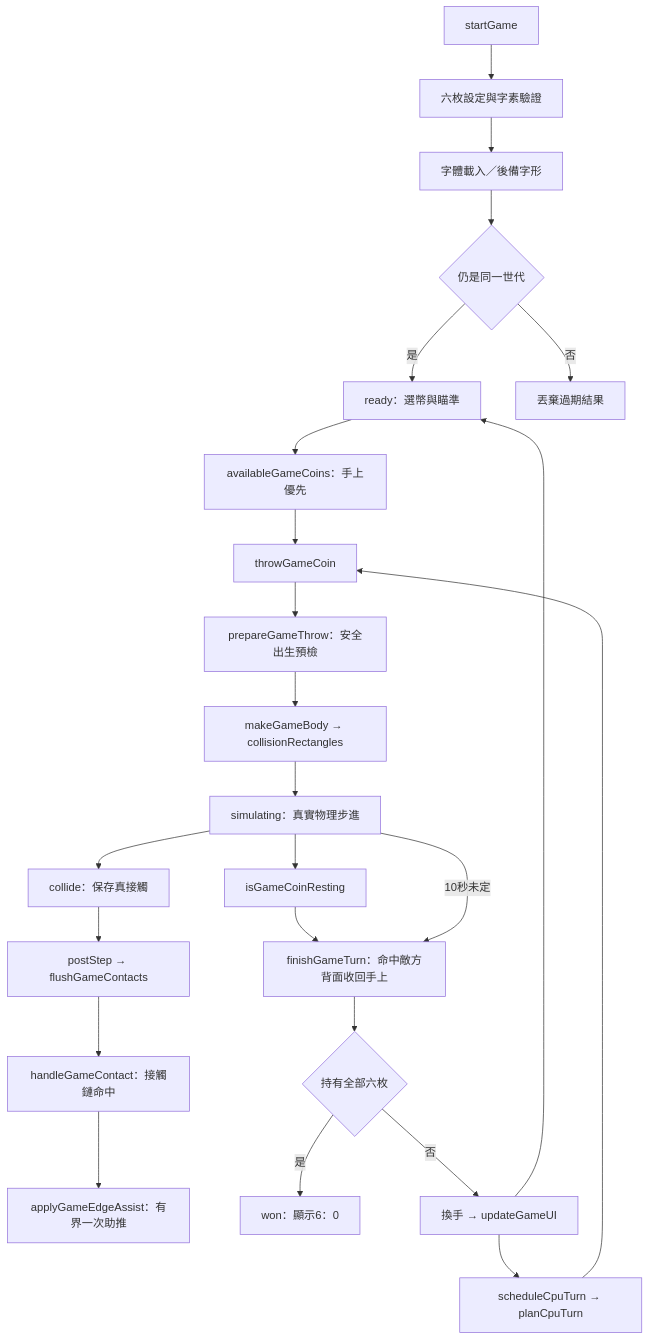
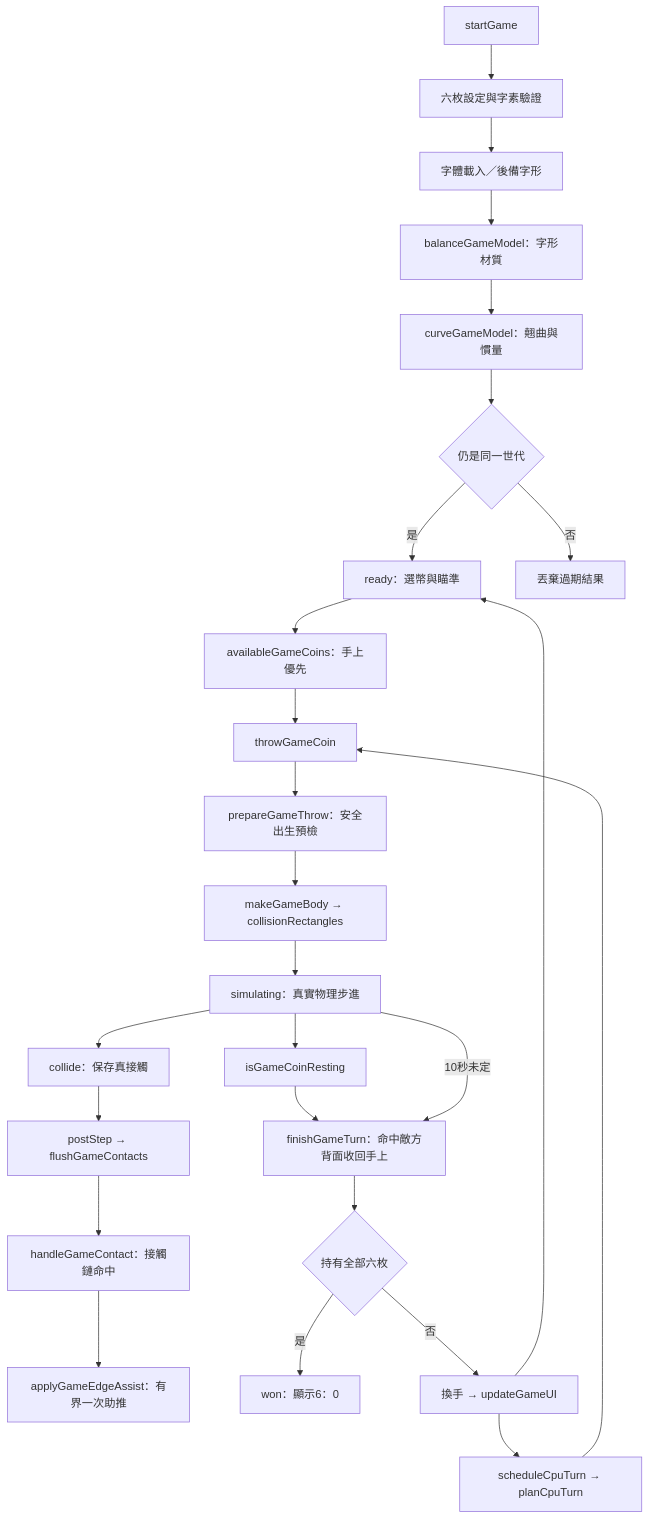
Before and after one commit to MiuDog/ong-a-piau: the fourth of 4 diagrams in architecture.md, drawn with Mermaid. The commit also changed other lines of this file and 6 other files, not shown here.

````diff
--- a/architecture.md
+++ b/architecture.md
@@ -88,26 +88,28 @@
 ```mermaid
 flowchart TD
 	Setup[startGame] --> Validate[六枚設定與字素驗證]
 	Validate --> Font[字體載入／後備字形]
-	Font --> Epoch{仍是同一世代}
+	Font --> Material[balanceGameModel：字形材質]
+	Material --> Curve[curveGameModel：翹曲與慣量]
+	Curve --> Epoch{仍是同一世代}
 	Epoch -->|是| Ready[ready：選幣與瞄準]
 	Epoch -->|否| Ignore[丟棄過期結果]
 	Ready --> Available[availableGameCoins：手上優先]
 	Available --> Throw[throwGameCoin]
 	Throw --> Prepare[prepareGameThrow：安全出生預檢]
 	Prepare --> Shape[makeGameBody → collisionRectangles]
 	Shape --> Sim[simulating：真實物理步進]
 	Sim --> Queue[collide：保存真接觸]
 	Queue --> Flush[postStep → flushGameContacts]
 	Flush --> Hit[handleGameContact：接觸鏈命中]
 	Hit --> Edge[applyGameEdgeAssist：有界一次助推]
 	Sim --> Rest[isGameCoinResting]
 	Rest --> Capture[finishGameTurn：命中敵方背面收回手上]
 	Capture --> Count{持有全部六枚}
 	Count -->|是| Won[won：顯示6：0]
 	Count -->|否| Next[換手 → updateGameUI]
 	Next --> CPU[scheduleCpuTurn → planCpuTurn]
 	CPU --> Throw
 	Next --> Ready
 	Sim -->|10秒未定| Capture
 ```
````
